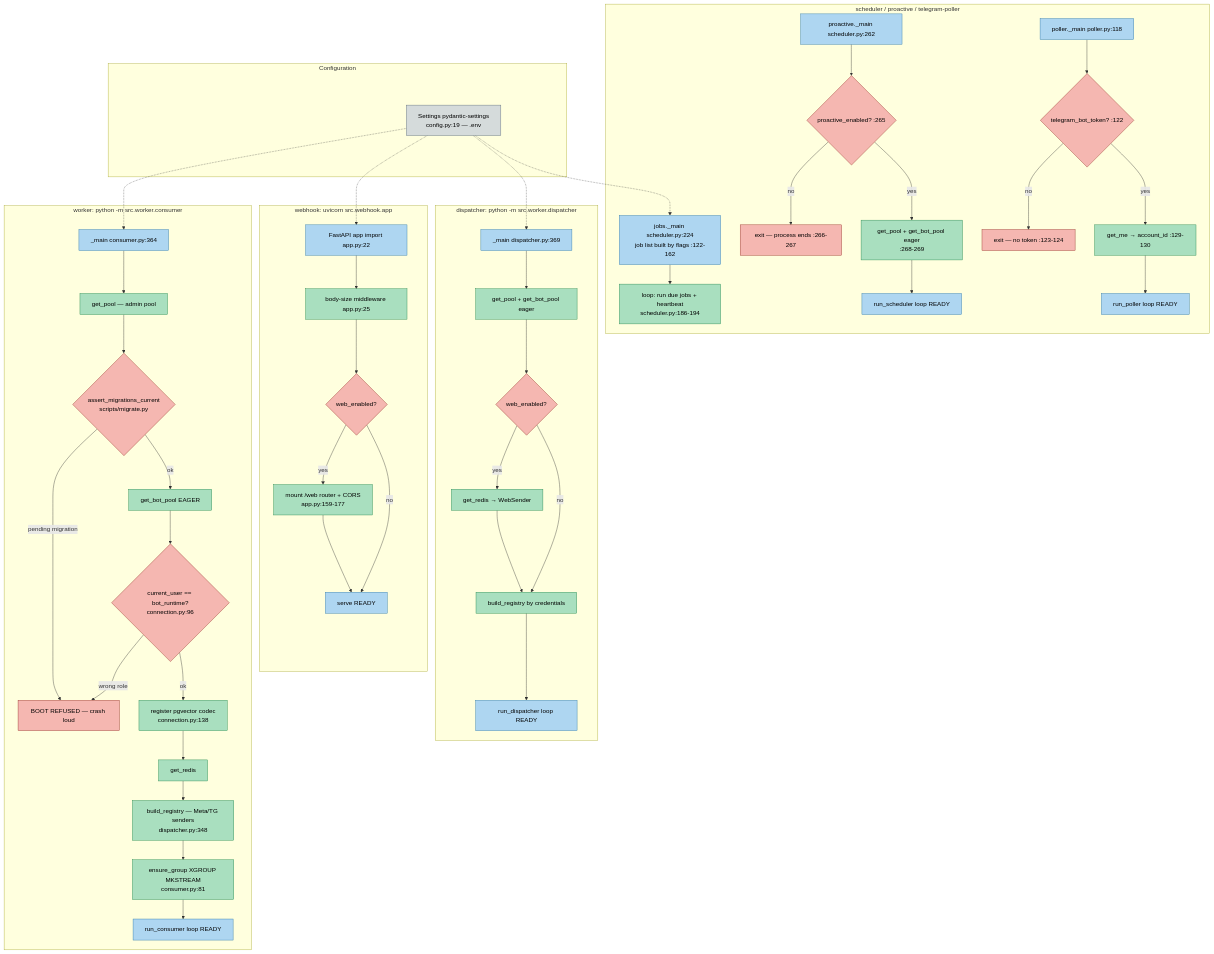
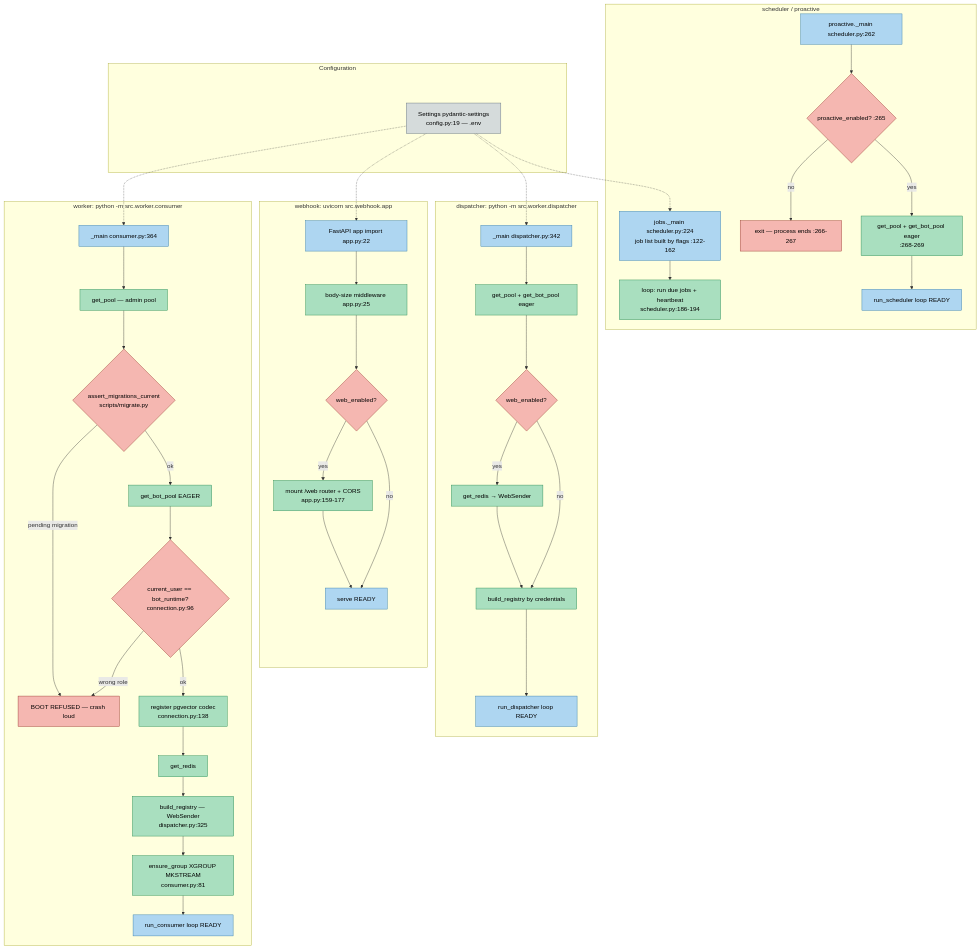
Before and after one commit to AdiBoaru/Sales-Ass: the diagram in docs/diagrams/02-application-startup.mmd, drawn with Mermaid. The commit also changed 133 other files, not shown here.

First line of the commit message:
NX-289: WhatsApp si Telegram ies din proiect (cod + schema) (#362)

```diff
--- a/docs/diagrams/02-application-startup.mmd
+++ b/docs/diagrams/02-application-startup.mmd
@@ -1,83 +1,75 @@
 %% GENERAT din docs/ARCHITECTURE-WORKFLOWS.md — nu edita doar aici.
 %% Regenerare: python scripts/export_diagrams.py
 %% Editare vizuală: https://mermaid.live (paste tot fișierul)
 %% Diagram 2 — Application Startup
 flowchart TD
   classDef proc fill:#aed6f1,stroke:#2874a6,color:#000
   classDef step fill:#a9dfbf,stroke:#1e8449,color:#000
   classDef gate fill:#f5b7b1,stroke:#922b21,color:#000
   classDef db fill:#d5dbdb,stroke:#566573,color:#000
 
   subgraph WorkerBoot["worker: python -m src.worker.consumer"]
     W0["_main consumer.py:364"]:::proc
     W1["get_pool — admin pool"]:::step
     W2{"assert_migrations_current<br/>scripts/migrate.py"}:::gate
     W3["get_bot_pool EAGER"]:::step
     W4{"current_user == bot_runtime?<br/>connection.py:96"}:::gate
     W5["register pgvector codec<br/>connection.py:138"]:::step
     W6["get_redis"]:::step
-    W7["build_registry — Meta/TG senders<br/>dispatcher.py:348"]:::step
+    W7["build_registry — WebSender<br/>dispatcher.py:325"]:::step
     W8["ensure_group XGROUP MKSTREAM<br/>consumer.py:81"]:::step
     W9["run_consumer loop READY"]:::proc
     WFAIL["BOOT REFUSED — crash loud"]:::gate
   end
 
   subgraph WebhookBoot["webhook: uvicorn src.webhook.app"]
     A0["FastAPI app import app.py:22"]:::proc
     A1["body-size middleware app.py:25"]:::step
     A2{"web_enabled?"}:::gate
     A3["mount /web router + CORS<br/>app.py:159-177"]:::step
     A4["serve READY"]:::proc
   end
 
   subgraph DispatcherBoot["dispatcher: python -m src.worker.dispatcher"]
-    D0["_main dispatcher.py:369"]:::proc
+    D0["_main dispatcher.py:342"]:::proc
     D1["get_pool + get_bot_pool eager"]:::step
     D2{"web_enabled?"}:::gate
     D3["get_redis → WebSender"]:::step
     D4["build_registry by credentials"]:::step
     D5["run_dispatcher loop READY"]:::proc
   end
 
-  subgraph OtherBoot["scheduler / proactive / telegram-poller"]
+  subgraph OtherBoot["scheduler / proactive"]
     J0["jobs._main scheduler.py:224<br/>job list built by flags :122-162"]:::proc
     J1["loop: run due jobs + heartbeat<br/>scheduler.py:186-194"]:::step
     P0["proactive._main scheduler.py:262"]:::proc
     P1{"proactive_enabled? :265"}:::gate
     P2["get_pool + get_bot_pool eager<br/>:268-269"]:::step
     P3["run_scheduler loop READY"]:::proc
     PX["exit — process ends :266-267"]:::gate
-    T0["poller._main poller.py:118"]:::proc
-    T1{"telegram_bot_token? :122"}:::gate
-    T2["get_me → account_id :129-130"]:::step
-    T3["run_poller loop READY"]:::proc
-    TX2["exit — no token :123-124"]:::gate
   end
 
   subgraph Config["Configuration"]
     CFG["Settings pydantic-settings<br/>config.py:19 — .env"]:::db
   end
 
   CFG -.-> W0
   CFG -.-> A0
   CFG -.-> D0
   CFG -.-> J0
   J0 --> J1
   P0 --> P1
   P1 -- no --> PX
   P1 -- yes --> P2 --> P3
-  T0 --> T1
-  T1 -- no --> TX2
-  T1 -- yes --> T2 --> T3
   W0 --> W1 --> W2
   W2 -- "pending migration" --> WFAIL
   W2 -- ok --> W3 --> W4
   W4 -- "wrong role" --> WFAIL
   W4 -- ok --> W5 --> W6 --> W7 --> W8 --> W9
   A0 --> A1 --> A2
   A2 -- yes --> A3 --> A4
   A2 -- no --> A4
   D0 --> D1 --> D2
   D2 -- yes --> D3 --> D4
   D2 -- no --> D4
   D4 --> D5
```
